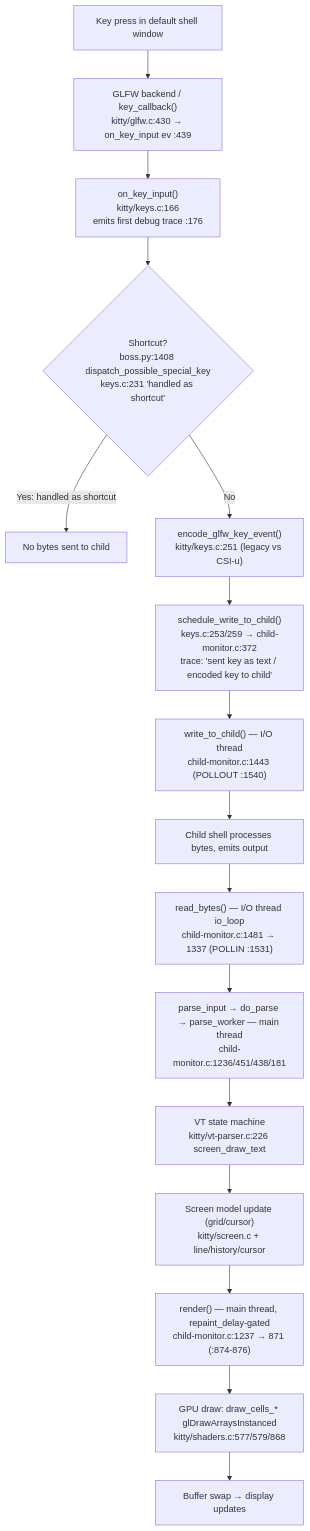
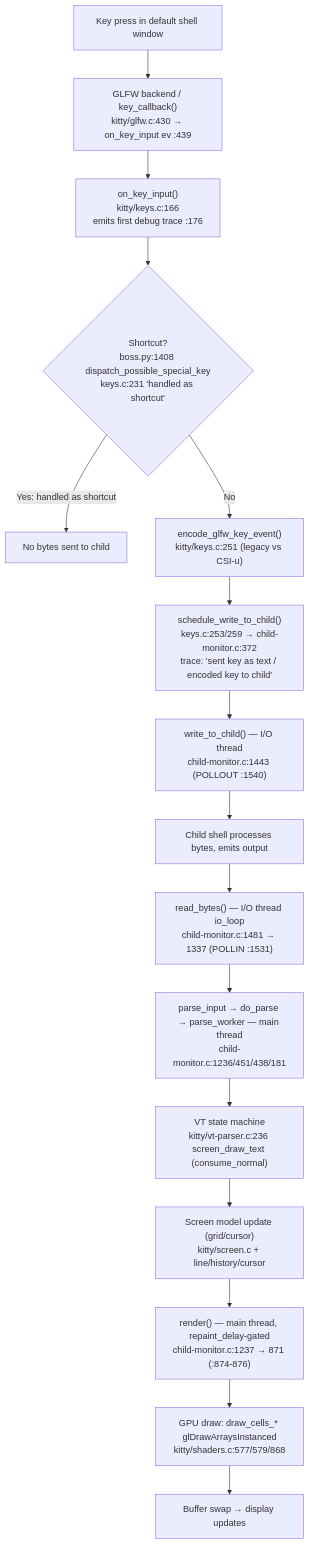
The diagram in blitzy/documentation/kitty_815df1e210e0.md (blitzy-research/kitty), drawn with Mermaid before and after one commit. The commit also changed other lines of this file, not shown here.

First line of the commit message:
docs: correct VT-parser citation + refine newline/key-count notes in Kitty input pipeline Q&A

````diff
--- a/blitzy/documentation/kitty_815df1e210e0.md
+++ b/blitzy/documentation/kitty_815df1e210e0.md
@@ -202,19 +202,19 @@
 ```mermaid
 flowchart TD
     K[Key press in default shell window] --> G["GLFW backend / key_callback()<br/>kitty/glfw.c:430 → on_key_input ev :439"]
     G --> OKI["on_key_input()<br/>kitty/keys.c:166<br/>emits first debug trace :176"]
     OKI --> SC{"Shortcut?<br/>boss.py:1408 dispatch_possible_special_key<br/>keys.c:231 'handled as shortcut'"}
     SC -- "Yes: handled as shortcut" --> NOOUT[No bytes sent to child]
     SC -- "No" --> ENC["encode_glfw_key_event()<br/>kitty/keys.c:251 (legacy vs CSI-u)"]
     ENC --> SCHED["schedule_write_to_child()<br/>keys.c:253/259 → child-monitor.c:372<br/>trace: 'sent key as text / encoded key to child'"]
     SCHED --> WTC["write_to_child() — I/O thread<br/>child-monitor.c:1443 (POLLOUT :1540)"]
     WTC --> CHILD[Child shell processes bytes, emits output]
     CHILD --> RB["read_bytes() — I/O thread io_loop<br/>child-monitor.c:1481 → 1337 (POLLIN :1531)"]
     RB --> PARSE["parse_input → do_parse → parse_worker — main thread<br/>child-monitor.c:1236/451/438/181"]
-    PARSE --> VT["VT state machine<br/>kitty/vt-parser.c:226 screen_draw_text"]
+    PARSE --> VT["VT state machine<br/>kitty/vt-parser.c:236 screen_draw_text (consume_normal)"]
     VT --> SCREEN["Screen model update (grid/cursor)<br/>kitty/screen.c + line/history/cursor"]
     SCREEN --> RENDER["render() — main thread, repaint_delay-gated<br/>child-monitor.c:1237 → 871 (:874-876)"]
     RENDER --> SHADERS["GPU draw: draw_cells_* glDrawArraysInstanced<br/>kitty/shaders.c:577/579/868"]
     SHADERS --> DISPLAY[Buffer swap → display updates]
 %% Observed via --debug-input / --debug-rendering / --dump-bytes; trace sink kitty/logging.c:56/61
 ```
````
